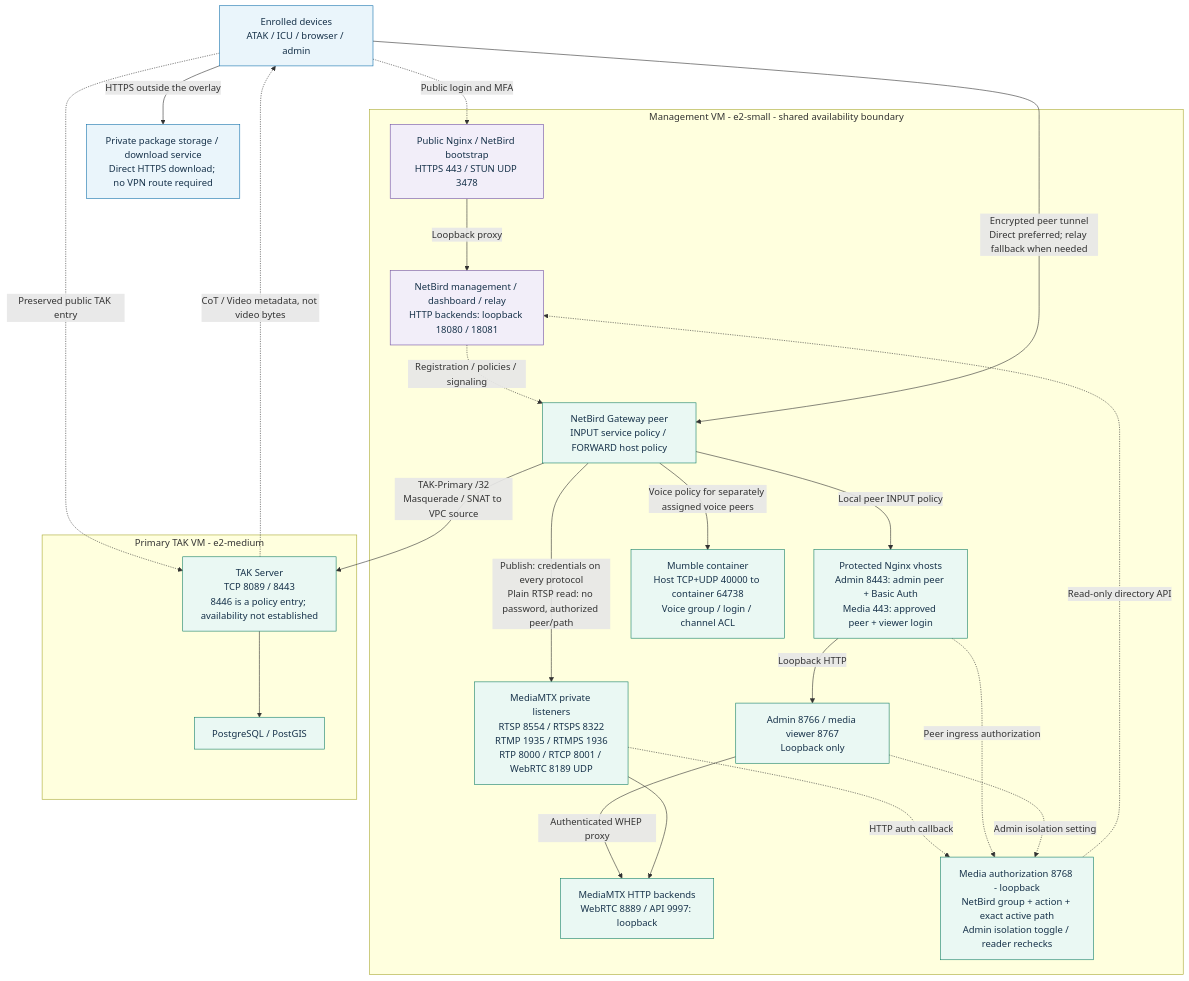
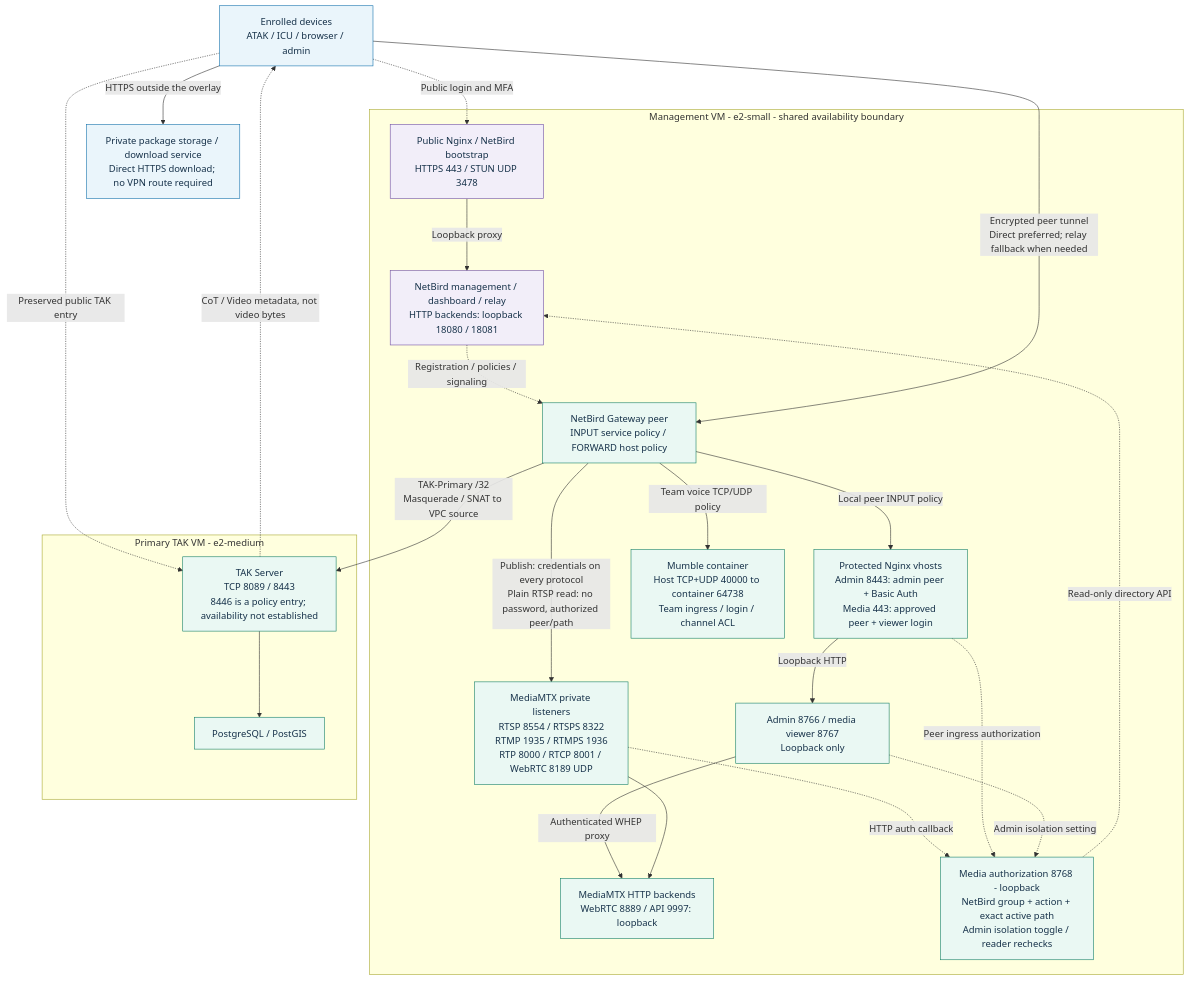
The diagram in docs/network/diagrams/network-architecture.mmd (swim-fish/tak-server-docker), drawn with Mermaid before and after one commit. The commit also changed 30 other files, not shown here.

```diff
--- a/docs/network/diagrams/network-architecture.mmd
+++ b/docs/network/diagrams/network-architecture.mmd
@@ -1,43 +1,43 @@
 flowchart TB
     U["Enrolled devices<br/>ATAK / ICU / browser / admin"]
     PKG["Private package storage / download service<br/>Direct HTTPS download; no VPN route required"]
     subgraph MGMT["Management VM - e2-small - shared availability boundary"]
         N["Public Nginx / NetBird bootstrap<br/>HTTPS 443 / STUN UDP 3478"]
         C["NetBird management / dashboard / relay<br/>HTTP backends: loopback 18080 / 18081"]
         G["NetBird Gateway peer<br/>INPUT service policy / FORWARD host policy"]
         H["Protected Nginx vhosts<br/>Admin 8443: admin peer + Basic Auth<br/>Media 443: approved peer + viewer login"]
         A["Admin 8766 / media viewer 8767<br/>Loopback only"]
         X["MediaMTX private listeners<br/>RTSP 8554 / RTSPS 8322<br/>RTMP 1935 / RTMPS 1936<br/>RTP 8000 / RTCP 8001 / WebRTC 8189 UDP"]
         W["MediaMTX HTTP backends<br/>WebRTC 8889 / API 9997: loopback"]
         Q["Media authorization 8768 - loopback<br/>NetBird group + action + exact active path<br/>Admin isolation toggle / reader rechecks"]
-        V["Mumble container<br/>Host TCP+UDP 40000 to container 64738<br/>Voice group / login / channel ACL"]
+        V["Mumble container<br/>Host TCP+UDP 40000 to container 64738<br/>Team ingress / login / channel ACL"]
     end
     subgraph PRIMARY["Primary TAK VM - e2-medium"]
         T["TAK Server<br/>TCP 8089 / 8443<br/>8446 is a policy entry; availability not established"]
         DB["PostgreSQL / PostGIS"]
     end
     U -.->|"Public login and MFA"| N
     N -->|"Loopback proxy"| C
     C -.->|"Registration / policies / signaling"| G
     U -->|"Encrypted peer tunnel<br/>Direct preferred; relay fallback when needed"| G
     G -->|"Local peer INPUT policy"| H
     H -->|"Loopback HTTP"| A
     A -->|"Authenticated WHEP proxy"| W
     G -->|"Publish: credentials on every protocol<br/>Plain RTSP read: no password, authorized peer/path"| X
     X --> W
     X -.->|"HTTP auth callback"| Q
     Q -.->|"Read-only directory API"| C
     H -.->|"Peer ingress authorization"| Q
     A -.->|"Admin isolation setting"| Q
-    G -->|"Voice policy for separately assigned voice peers"| V
+    G -->|"Team voice TCP/UDP policy"| V
     G -->|"TAK-Primary /32<br/>Masquerade / SNAT to VPC source"| T
     T --> DB
     T -.->|"CoT / Video metadata, not video bytes"| U
     U -.->|"Preserved public TAK entry"| T
     U -->|"HTTPS outside the overlay"| PKG
     classDef private fill:#eaf8f3,stroke:#168069,color:#17324a;
     classDef control fill:#f2eef9,stroke:#7151a5,color:#17324a;
     classDef client fill:#eaf5fb,stroke:#1673ad,color:#17324a;
     class G,H,A,X,W,Q,V,T,DB private;
     class N,C control;
     class U,PKG client;
```
